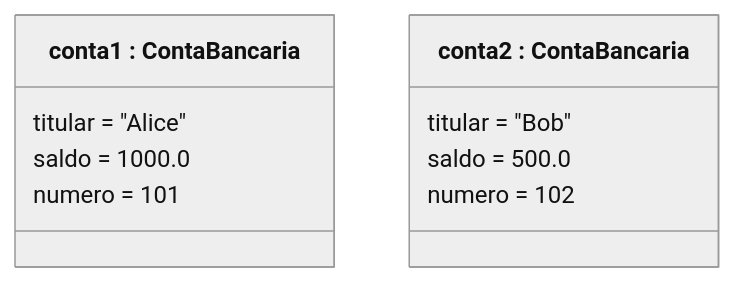
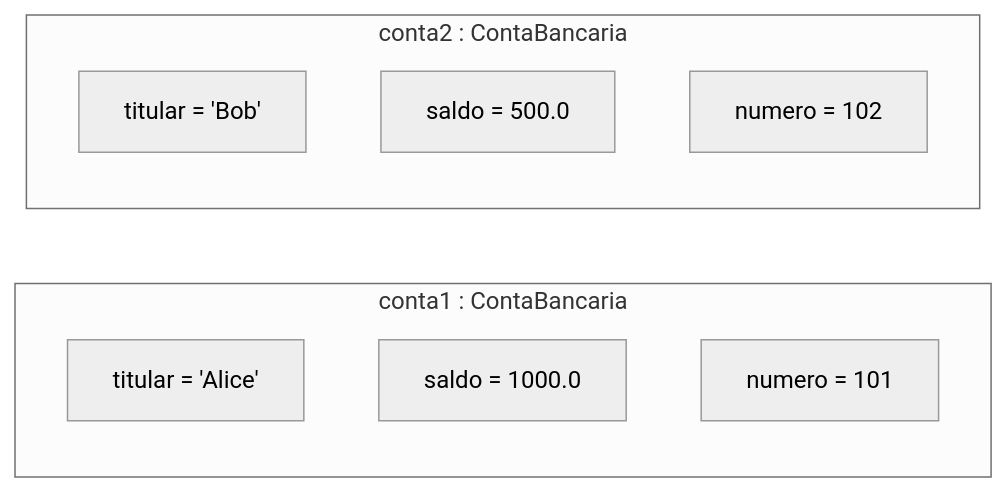
One commit to emanoelsp/poo-essential-academy changed the second of 6 diagrams in src/content/modulo-02/encontro-03.md. Above: the diagram before and after it, drawn with Mermaid (neutral theme). The commit also changed other lines of this file, not shown here.

Commit message:
Fix mermaid parse errors in encontro-03 diagrams
- Section 3: replace invalid classDiagram (backtick class names + = value syntax) with flowchart subgraphs to render object instances
- Section 6: remove parameter names from method signatures (colon notation breaks classDiagram parsing)

````diff
--- a/src/content/modulo-02/encontro-03.md
+++ b/src/content/modulo-02/encontro-03.md
@@ -79,13 +79,13 @@
 ```mermaid
-classDiagram
-    class `conta1 : ContaBancaria` {
-        titular = "Alice"
-        saldo = 1000.0
-        numero = 101
-    }
-    class `conta2 : ContaBancaria` {
-        titular = "Bob"
-        saldo = 500.0
-        numero = 102
-    }
+flowchart LR
+    subgraph OBJ1["conta1 : ContaBancaria"]
+        A1["titular = 'Alice'"]
+        A2["saldo = 1000.0"]
+        A3["numero = 101"]
+    end
+    subgraph OBJ2["conta2 : ContaBancaria"]
+        B1["titular = 'Bob'"]
+        B2["saldo = 500.0"]
+        B3["numero = 102"]
+    end
 ```
````
